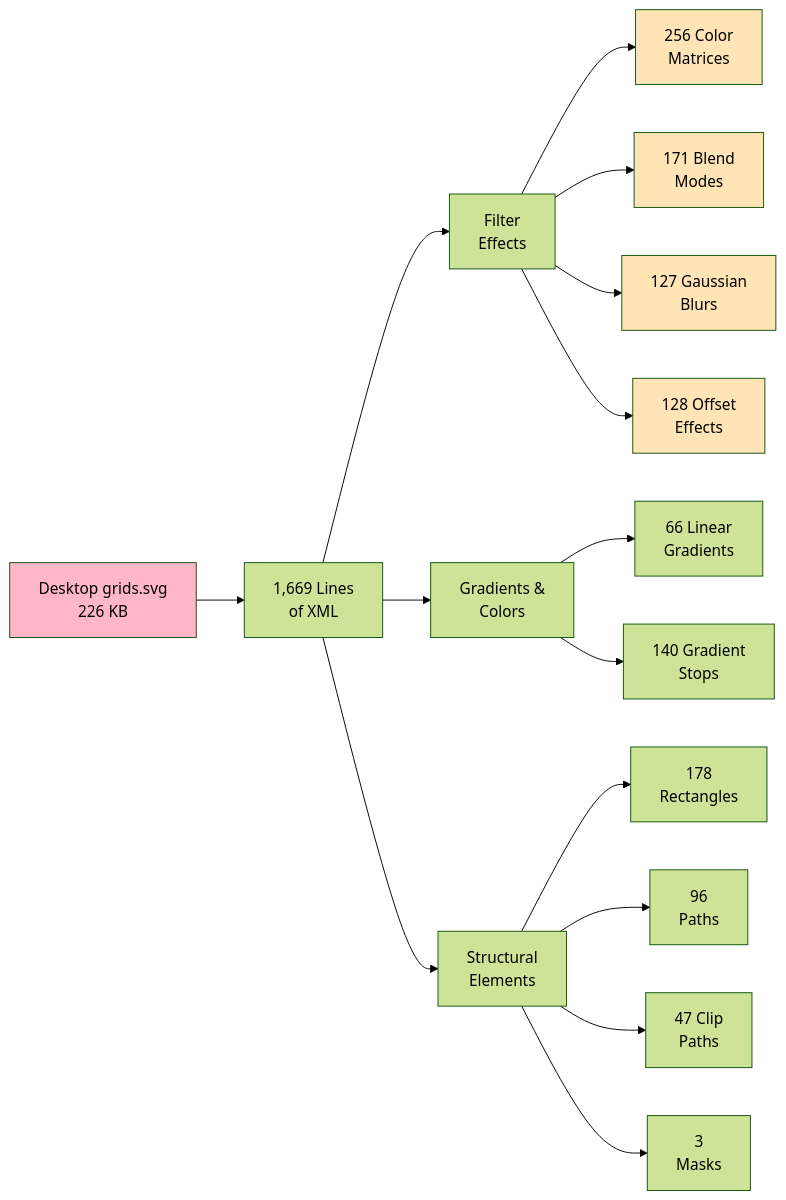
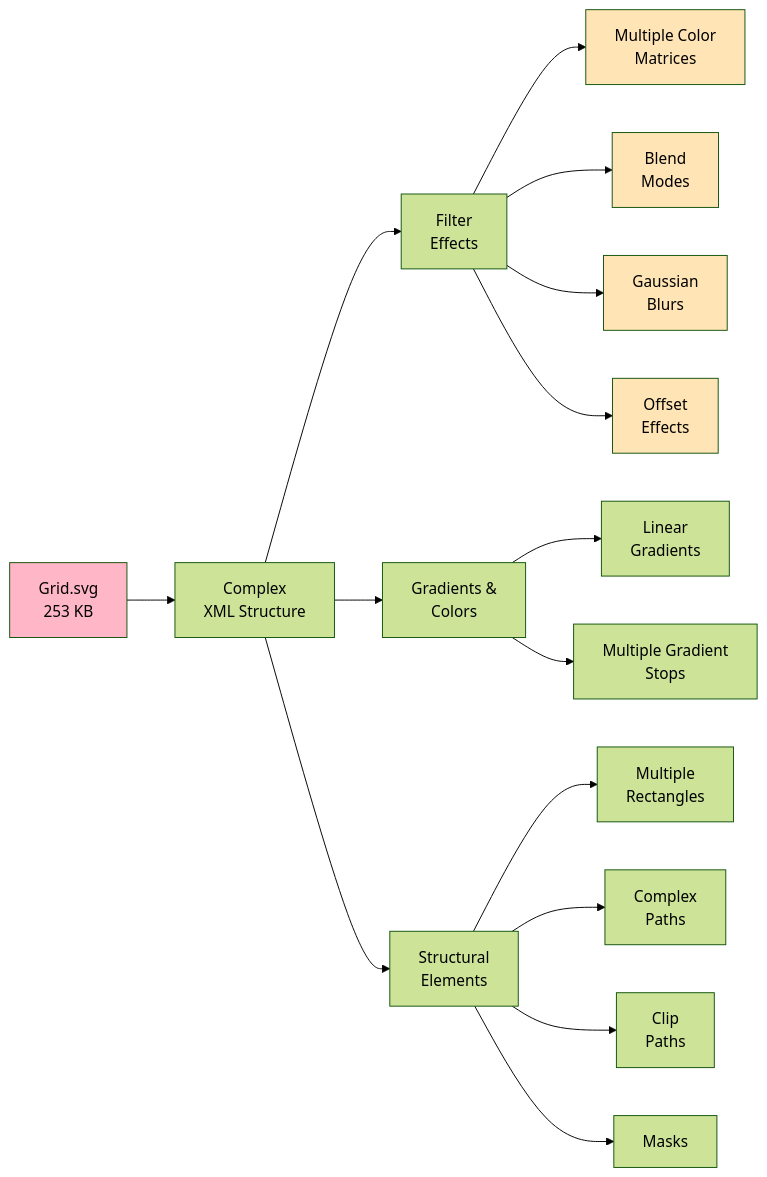
Before and after one commit to ikigai-eric-l/compare-svg: the third of 4 diagrams in WebP-vs-SVG-Guide.md, drawn with Mermaid (forest theme). The commit also changed other lines of this file and 7 other files, not shown here.

````diff
--- a/WebP-vs-SVG-Guide.md
+++ b/WebP-vs-SVG-Guide.md
@@ -96,27 +96,27 @@
 ```mermaid
 graph LR
-    A[Desktop grids.svg<br/>226 KB] --> B[1,669 Lines<br/>of XML]
+    A[Grid.svg<br/>253 KB] --> B[Complex<br/>XML Structure]
 
     B --> C[Filter<br/>Effects]
     B --> D[Gradients &<br/>Colors]
     B --> E[Structural<br/>Elements]
 
-    C --> C1[256 Color<br/>Matrices]
-    C --> C2[171 Blend<br/>Modes]
-    C --> C3[127 Gaussian<br/>Blurs]
-    C --> C4[128 Offset<br/>Effects]
+    C --> C1[Multiple Color<br/>Matrices]
+    C --> C2[Blend<br/>Modes]
+    C --> C3[Gaussian<br/>Blurs]
+    C --> C4[Offset<br/>Effects]
 
-    D --> D1[66 Linear<br/>Gradients]
-    D --> D2[140 Gradient<br/>Stops]
+    D --> D1[Linear<br/>Gradients]
+    D --> D2[Multiple Gradient<br/>Stops]
 
-    E --> E1[178<br/>Rectangles]
-    E --> E2[96<br/>Paths]
-    E --> E3[47 Clip<br/>Paths]
-    E --> E4[3<br/>Masks]
+    E --> E1[Multiple<br/>Rectangles]
+    E --> E2[Complex<br/>Paths]
+    E --> E3[Clip<br/>Paths]
+    E --> E4[Masks]
 
     style A fill:#FFB6C6
     style C1 fill:#FFE4B5
     style C2 fill:#FFE4B5
     style C3 fill:#FFE4B5
     style C4 fill:#FFE4B5
 ```
````
